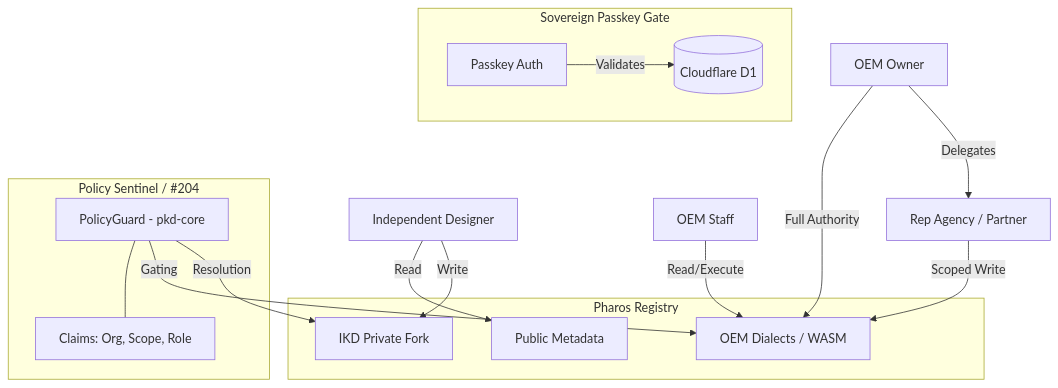
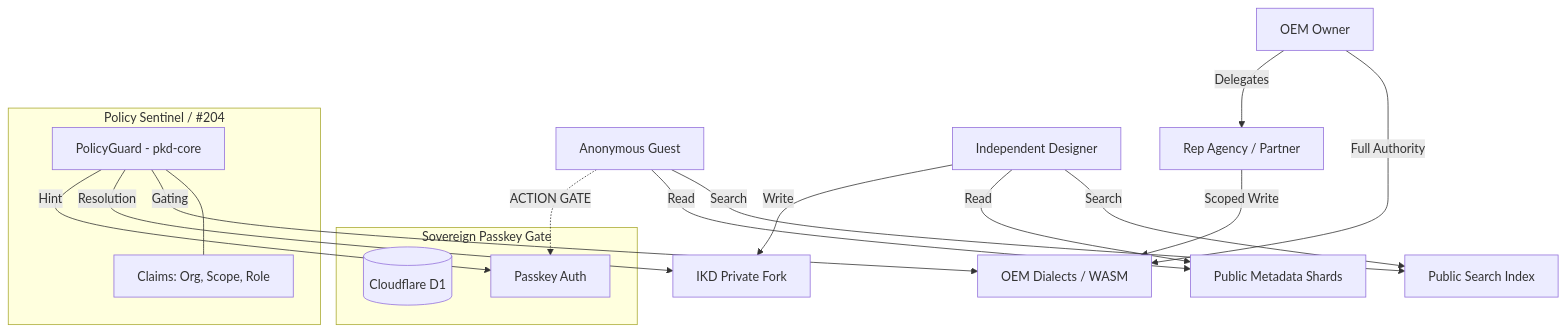
One commit to iamrichardD/pharos-kitchen-design changed the diagram in docs/adr/0056-sovereign-authority-and-delegate-enforcement.md. Above: the diagram before and after it, drawn with Mermaid. The commit also changed other lines of this file, not shown here.

Commit message:
docs(gov): refine ADR-0056 with Guest state and Action Gate topology

````diff
--- a/docs/adr/0056-sovereign-authority-and-delegate-enforcement.md
+++ b/docs/adr/0056-sovereign-authority-and-delegate-enforcement.md
@@ -33,44 +34,46 @@
 ```mermaid
 graph TD
     %% Actors
+    GUEST[Anonymous Guest]
     IKD[Independent Designer]
     OEM_O[OEM Owner]
-    OEM_S[OEM Staff]
     REP[Rep Agency / Partner]
+
+    %% Resources
+    S_IDX[Public Search Index]
+    PUB[Public Metadata Shards]
+    PRI[OEM Dialects / WASM]
+    FORK[IKD Private Fork]
 
     %% Identity Layer (Sovereign)
     subgraph Identity_Layer [Sovereign Passkey Gate]
         D1[(Cloudflare D1)]
         PK[Passkey Auth]
-        PK -->|Validates| D1
     end
 
     %% Authority Layer (The Sentinel)
     subgraph Authority_Layer [Policy Sentinel / #204]
         PG[PolicyGuard - pkd-core]
         Claims[Claims: Org, Scope, Role]
         PG --- Claims
     end
 
-    %% Resources
-    subgraph Registry_Shards [Pharos Registry]
-        PUB[Public Metadata]
-        PRI[OEM Dialects / WASM]
-        FORK[IKD Private Fork]
-    end
+    %% Access Patterns
+    GUEST -->|Search| S_IDX
+    GUEST -->|Read| PUB
+    GUEST -.->|ACTION GATE| PK
 
-    %% Access Patterns
+    IKD -->|Search| S_IDX
     IKD -->|Read| PUB
     IKD -->|Write| FORK
     
     OEM_O -->|Full Authority| PRI
     OEM_O -->|Delegates| REP
     
-    OEM_S -->|Read/Execute| PRI
-    
     REP -->|Scoped Write| PRI
     
     %% Enforcement Logic
     PG -->|Gating| PRI
     PG -->|Resolution| FORK
+    PG -->|Hint| PK
 ```
````
